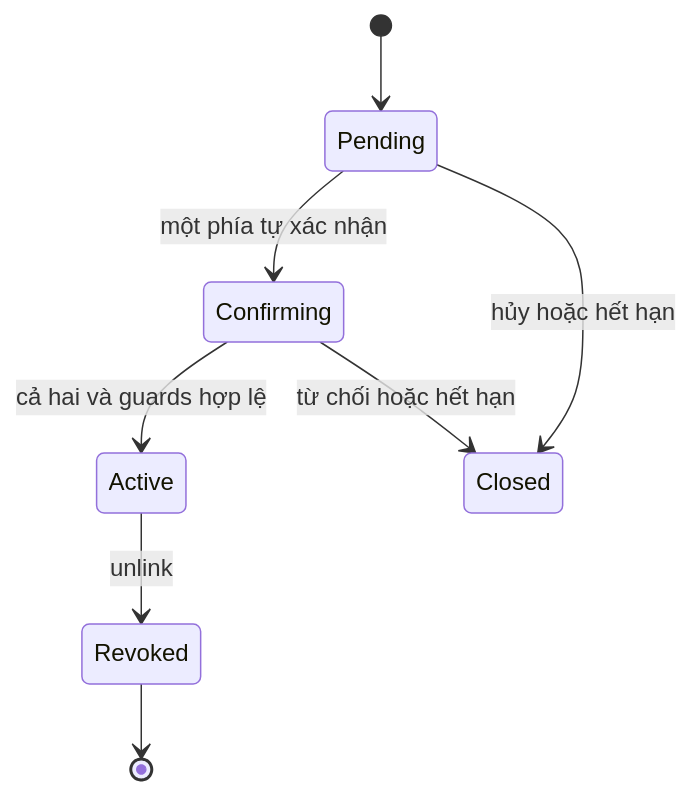
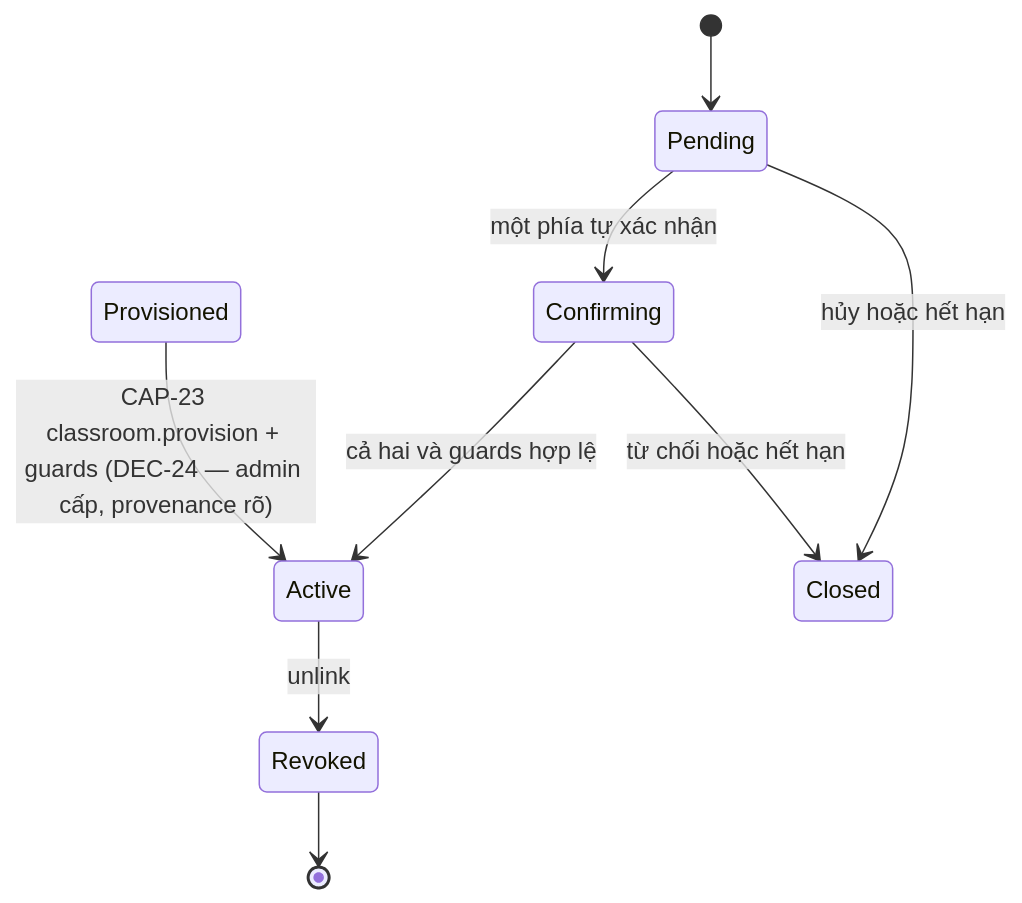
Before and after one commit to huyhandsome6996/family-bridge: the first of 6 diagrams in docs/product/workflow-state-machines.md, drawn with Mermaid. The commit also changed other lines of this file and 25 other files, not shown here.

First line of the commit message:
docs: DEC-24/CAP-23/WF-25 + supersede co ngay + ban giao admin-pairs & consent

````diff
--- a/docs/product/workflow-state-machines.md
+++ b/docs/product/workflow-state-machines.md
@@ -51,10 +52,11 @@
 ```mermaid
 stateDiagram-v2
     [*] --> Pending
     Pending --> Confirming: một phía tự xác nhận
     Confirming --> Active: cả hai và guards hợp lệ
+    Provisioned --> Active: CAP-23 classroom.provision + guards (DEC-24 — admin cấp, provenance rõ)
     Pending --> Closed: hủy hoặc hết hạn
     Confirming --> Closed: từ chối hoặc hết hạn
     Active --> Revoked: unlink
     Revoked --> [*]
 ```
````
